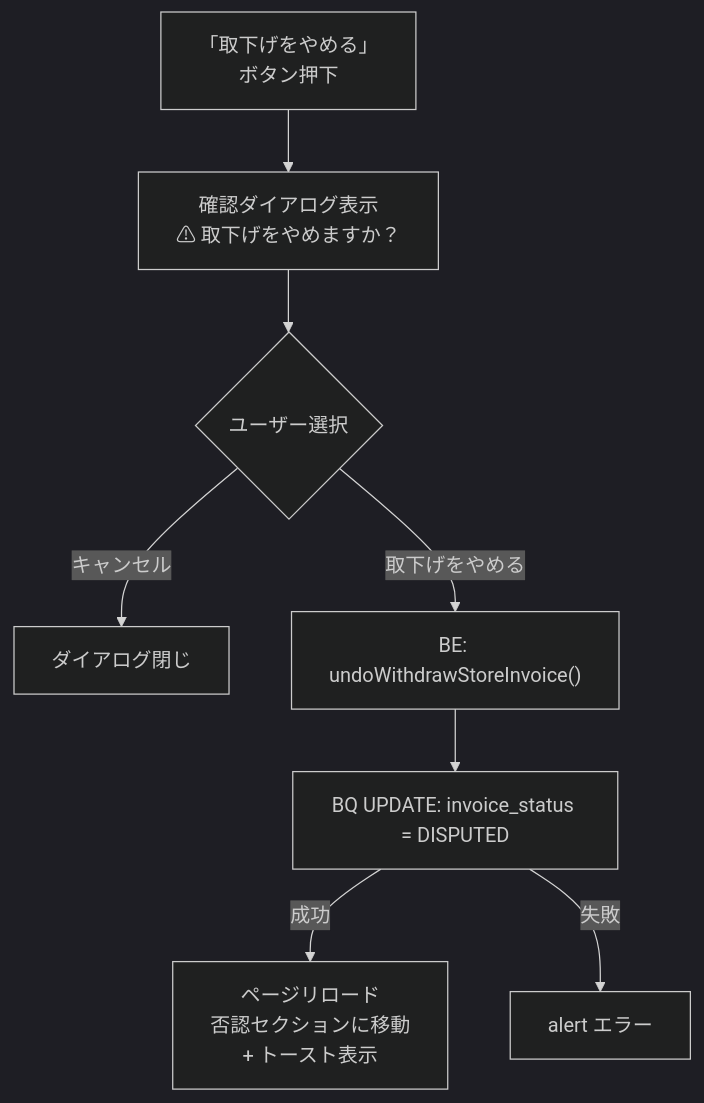
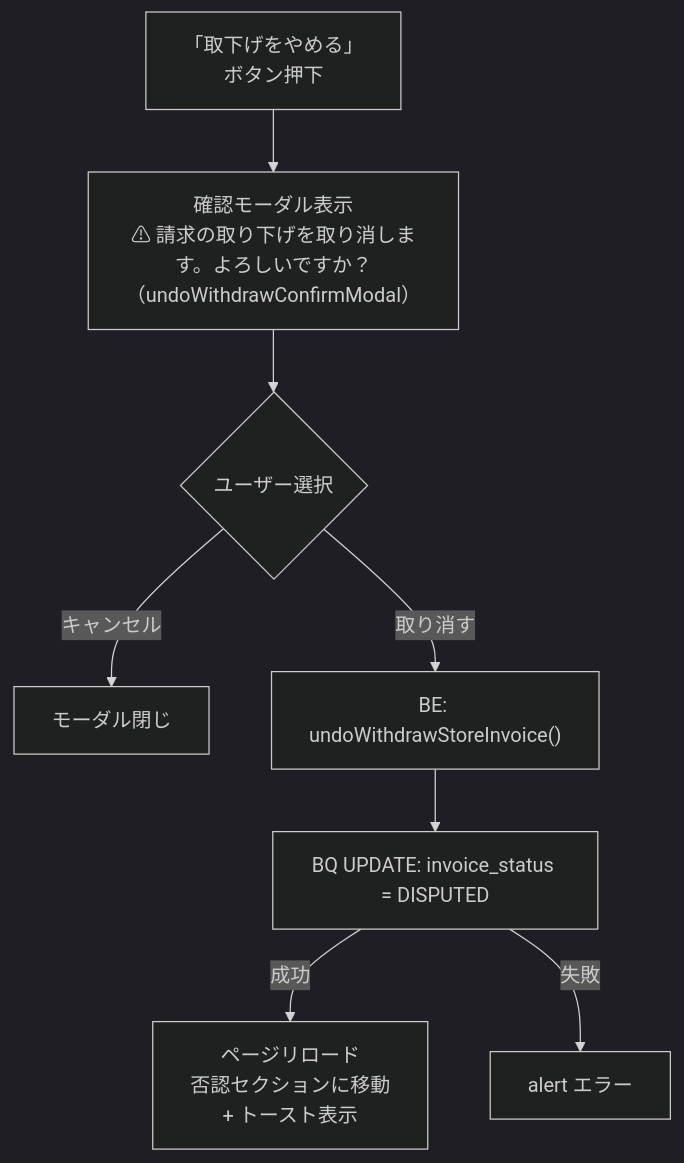
One commit to USEN-PAY-Products/connect-wholesale-gas-poc changed diagram 13 of 17 in docs/specifications/04_detail_page.md. Above: the diagram before and after it, drawn with Mermaid (dark theme). The commit also changed other lines of this file and 13 other files, not shown here.

````diff
--- a/docs/specifications/04_detail_page.md
+++ b/docs/specifications/04_detail_page.md
@@ -356,10 +362,10 @@
 ```mermaid
 flowchart TD
-    START["「取下げをやめる」\nボタン押下"] --> DIALOG["確認ダイアログ表示\n⚠ 取下げをやめますか？"]
+    START["「取下げをやめる」\nボタン押下"] --> DIALOG["確認モーダル表示\n⚠ 請求の取り下げを取り消します。よろしいですか？\n（undoWithdrawConfirmModal）"]
     DIALOG --> CANCEL{"ユーザー選択"}
-    CANCEL -->|キャンセル| CLOSE["ダイアログ閉じ"]
-    CANCEL -->|取下げをやめる| BE["BE: undoWithdrawStoreInvoice()"]
+    CANCEL -->|キャンセル| CLOSE["モーダル閉じ"]
+    CANCEL -->|取り消す| BE["BE: undoWithdrawStoreInvoice()"]
     BE --> BQ["BQ UPDATE: invoice_status = DISPUTED"]
     BQ -->|成功| RELOAD["ページリロード\n否認セクションに移動\n+ トースト表示"]
     BQ -->|失敗| FAIL["alert エラー"]
 ```
````
